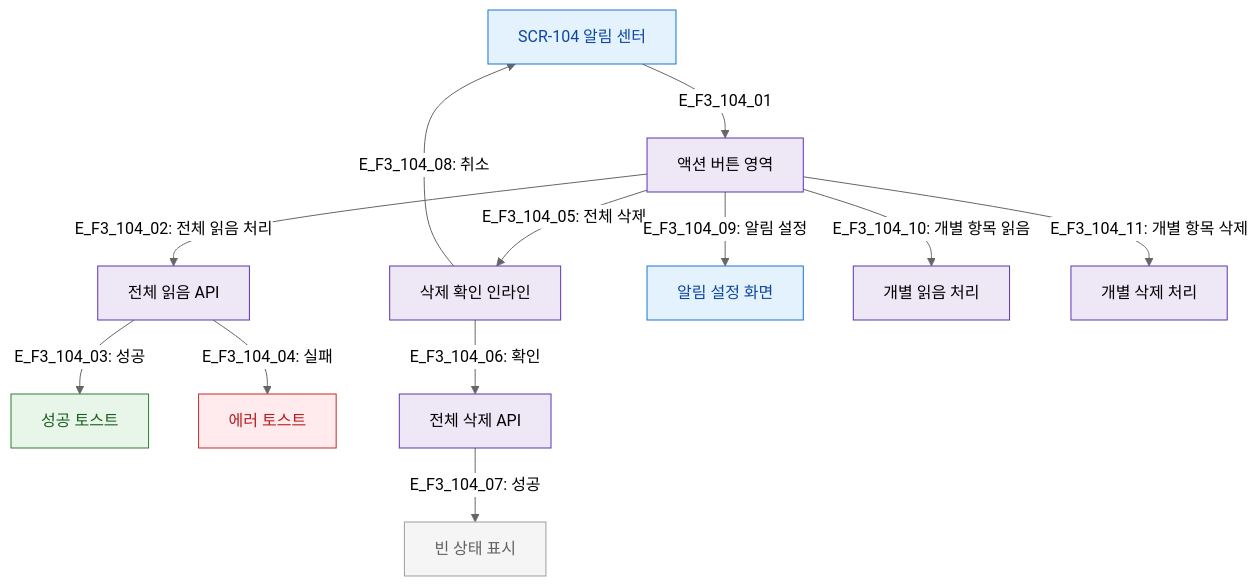
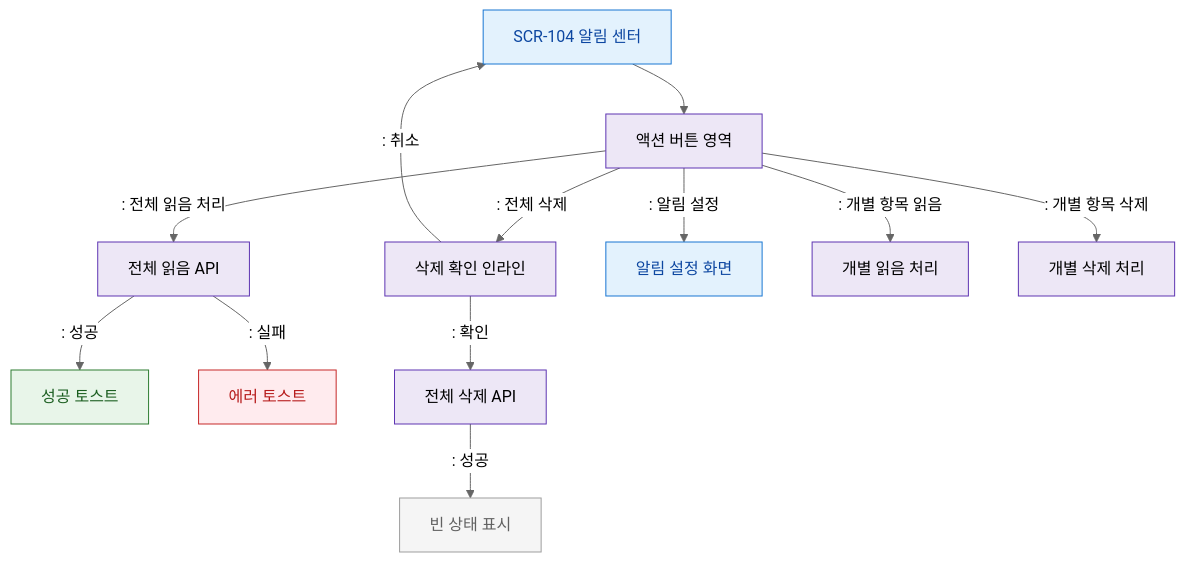
Before and after one commit to dev-spogym/admin-pando: the diagram in docs/다이어그램/D01_공통/SCR-104_알림센터/F3_버튼액션.md, drawn with Mermaid (neutral theme). The commit also changed other lines of this file and 1660 other files, not shown here.

First line of the commit message:
다이어그램: 기획자/클라이언트 납품본으로 정리

````diff
--- a/docs/다이어그램/D01_공통/SCR-104_알림센터/F3_버튼액션.md
+++ b/docs/다이어그램/D01_공통/SCR-104_알림센터/F3_버튼액션.md
@@ -19,29 +17,29 @@
 ```mermaid
 flowchart TD
-    SCR_104[SCR-104 알림 센터] -->|E_F3_104_01| ACTIONS[액션 버튼 영역]
+    SCR_104[SCR-104 알림 센터] --> ACTIONS[액션 버튼 영역]
 
-    ACTIONS -->|"E_F3_104_02: 전체 읽음 처리"| MARK_ALL_API[전체 읽음 API]
-    MARK_ALL_API -->|"E_F3_104_03: 성공"| SUCCESS_TOAST[성공 토스트]
-    MARK_ALL_API -->|"E_F3_104_04: 실패"| ERR_TOAST[에러 토스트]
+    ACTIONS -->|": 전체 읽음 처리"|MARK_ALL_API[전체 읽음 API]
+    MARK_ALL_API -->|": 성공"|SUCCESS_TOAST[성공 토스트]
+    MARK_ALL_API -->|": 실패"|ERR_TOAST[에러 토스트]
 
-    ACTIONS -->|"E_F3_104_05: 전체 삭제"| CONFIRM[삭제 확인 인라인]
-    CONFIRM -->|"E_F3_104_06: 확인"| DEL_ALL_API[전체 삭제 API]
-    DEL_ALL_API -->|"E_F3_104_07: 성공"| EMPTY_STATE[빈 상태 표시]
-    CONFIRM -->|"E_F3_104_08: 취소"| SCR_104
+    ACTIONS -->|": 전체 삭제"|CONFIRM[삭제 확인 인라인]
+    CONFIRM -->|": 확인"|DEL_ALL_API[전체 삭제 API]
+    DEL_ALL_API -->|": 성공"|EMPTY_STATE[빈 상태 표시]
+    CONFIRM -->|": 취소"|SCR_104
 
-    ACTIONS -->|"E_F3_104_09: 알림 설정"| NAV_SETTING[알림 설정 화면]
+    ACTIONS -->|": 알림 설정"|NAV_SETTING[알림 설정 화면]
 
-    ACTIONS -->|"E_F3_104_10: 개별 항목 읽음"| MARK_ONE[개별 읽음 처리]
-    ACTIONS -->|"E_F3_104_11: 개별 항목 삭제"| DEL_ONE[개별 삭제 처리]
+    ACTIONS -->|": 개별 항목 읽음"|MARK_ONE[개별 읽음 처리]
+    ACTIONS -->|": 개별 항목 삭제"|DEL_ONE[개별 삭제 처리]
 
-    classDef screen  fill:#E3F2FD,stroke:#1976D2,color:#0D47A1
-    classDef system  fill:#EDE7F6,stroke:#5E35B2
+    classDef screen fill:#E3F2FD,stroke:#1976D2,color:#0D47A1
+    classDef system fill:#EDE7F6,stroke:#5E35B2
     classDef success fill:#E8F5E9,stroke:#2E7D32,color:#1B5E20
-    classDef error   fill:#FFEBEE,stroke:#C62828,color:#B71C1C
+    classDef error fill:#FFEBEE,stroke:#C62828,color:#B71C1C
     classDef rbacBlocked fill:#F5F5F5,stroke:#9E9E9E,color:#616161
     class SCR_104,NAV_SETTING screen
     class ACTIONS,MARK_ALL_API,CONFIRM,DEL_ALL_API,MARK_ONE,DEL_ONE system
     class SUCCESS_TOAST success
     class ERR_TOAST error
     class EMPTY_STATE rbacBlocked
 ```
````
